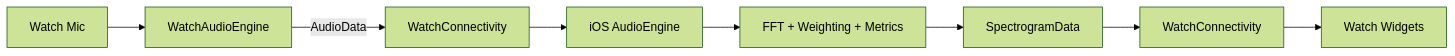
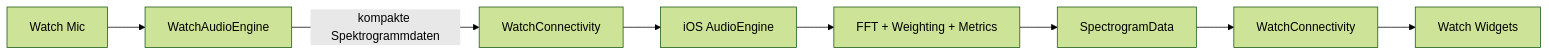
The first of 2 diagrams in FULLSTACK_UEBERSICHT.md (lords1m/SpektoWatch2), drawn with Mermaid (forest theme) before and after one commit. The commit also changed other lines of this file and 38 other files, not shown here.

````diff
--- a/FULLSTACK_UEBERSICHT.md
+++ b/FULLSTACK_UEBERSICHT.md
@@ -89,10 +91,10 @@
 ```mermaid
 flowchart LR
     WMic["Watch Mic"] --> WAE["WatchAudioEngine"]
-    WAE -->|AudioData| WC["WatchConnectivity"]
+    WAE -->|kompakte Spektrogrammdaten| WC["WatchConnectivity"]
     WC --> IAE["iOS AudioEngine"]
     IAE --> DSP["FFT + Weighting + Metrics"]
     DSP --> SD["SpectrogramData"]
     SD --> WC2["WatchConnectivity"]
     WC2 --> WUI["Watch Widgets"]
 ```
````
